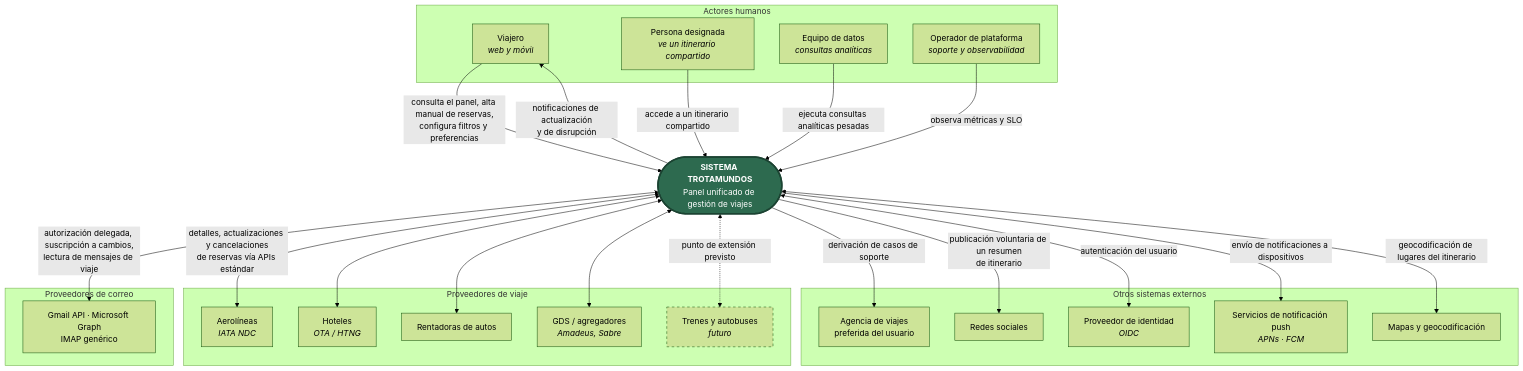
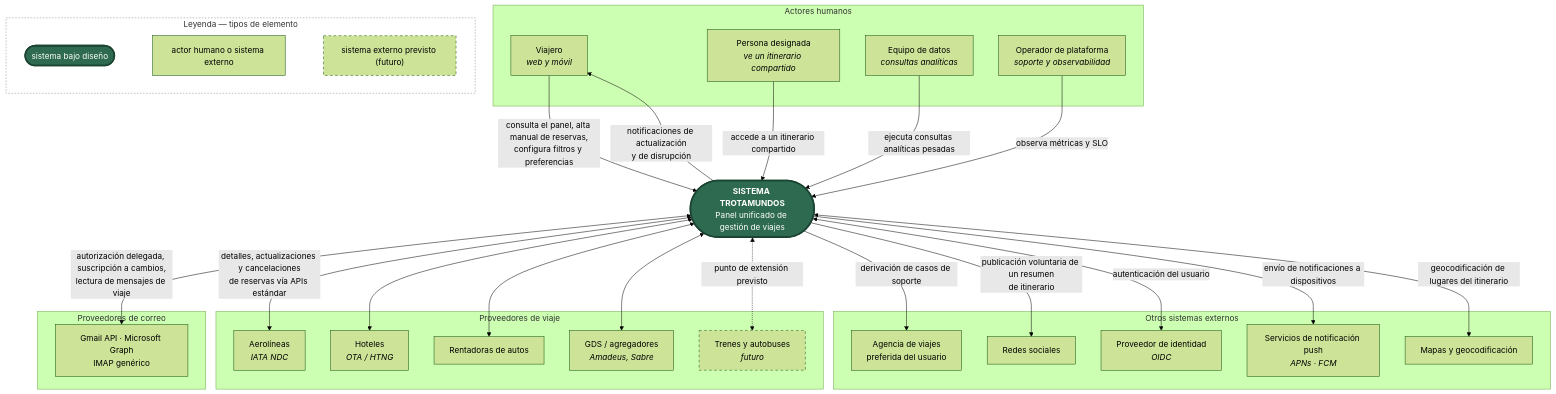
One commit to JereAguilar1/TPE-ing1 changed the diagram in docs/01-analisis-inicial/02-diagrama-de-contexto.md. Above: the diagram before and after it, drawn with Mermaid (forest theme). The commit also changed other lines of this file and 50 other files, not shown here.

````diff
--- a/docs/01-analisis-inicial/02-diagrama-de-contexto.md
+++ b/docs/01-analisis-inicial/02-diagrama-de-contexto.md
@@ -7,52 +7,63 @@
 ```mermaid
 flowchart TB
     subgraph actores["Actores humanos"]
         V["Viajero<br/><i>web y móvil</i>"]
         D["Persona designada<br/><i>ve un itinerario compartido</i>"]
         ED["Equipo de datos<br/><i>consultas analíticas</i>"]
         OP["Operador de plataforma<br/><i>soporte y observabilidad</i>"]
     end
 
     T(["<b>SISTEMA TROTAMUNDOS</b><br/>Panel unificado de gestión de viajes"])
 
     subgraph correo["Proveedores de correo"]
         PC["Gmail API · Microsoft Graph<br/>IMAP genérico"]
     end
 
     subgraph viaje["Proveedores de viaje"]
         AE["Aerolíneas<br/><i>IATA NDC</i>"]
         HO["Hoteles<br/><i>OTA / HTNG</i>"]
         RE["Rentadoras de autos"]
         GDS["GDS / agregadores<br/><i>Amadeus, Sabre</i>"]
         TB["Trenes y autobuses<br/><i>futuro</i>"]
     end
 
     subgraph otros["Otros sistemas externos"]
         AG["Agencia de viajes<br/>preferida del usuario"]
         RS["Redes sociales"]
         IDP["Proveedor de identidad<br/><i>OIDC</i>"]
         PN["Servicios de notificación push<br/><i>APNs · FCM</i>"]
         MAP["Mapas y geocodificación"]
     end
 
     V -->|"consulta el panel, alta manual de reservas,<br/>configura filtros y preferencias"| T
     T -->|"notificaciones de actualización<br/>y de disrupción"| V
     D -->|"accede a un itinerario compartido"| T
     ED -->|"ejecuta consultas analíticas pesadas"| T
     OP -->|"observa métricas y SLO"| T
 
     T <-->|"autorización delegada, suscripción a cambios,<br/>lectura de mensajes de viaje"| PC
     T <-->|"detalles, actualizaciones y cancelaciones<br/>de reservas vía APIs estándar"| AE
     T <--> HO
     T <--> RE
     T <--> GDS
     T <-.->|"punto de extensión previsto"| TB
     T -->|"derivación de casos de soporte"| AG
     T -->|"publicación voluntaria de un resumen<br/>de itinerario"| RS
     T <-->|"autenticación del usuario"| IDP
     T -->|"envío de notificaciones a dispositivos"| PN
     T <-->|"geocodificación de lugares del itinerario"| MAP
 
     style T fill:#2d6a4f,color:#fff,stroke:#1b4332,stroke-width:3px
     style TB stroke-dasharray: 5 5
+
+    subgraph LEYENDA["Leyenda — tipos de elemento"]
+        direction LR
+        LEY_SIS(["sistema bajo diseño"])
+        LEY_EXT["actor humano o sistema externo"]
+        LEY_FUT["sistema externo previsto (futuro)"]
+        LEY_SIS ~~~ LEY_EXT ~~~ LEY_FUT
+    end
+    style LEY_SIS fill:#2d6a4f,color:#fff,stroke:#1b4332,stroke-width:3px
+    style LEY_FUT stroke-dasharray: 5 5
+    style LEYENDA fill:#ffffff,stroke:#888,stroke-dasharray: 3 3
 ```
````
